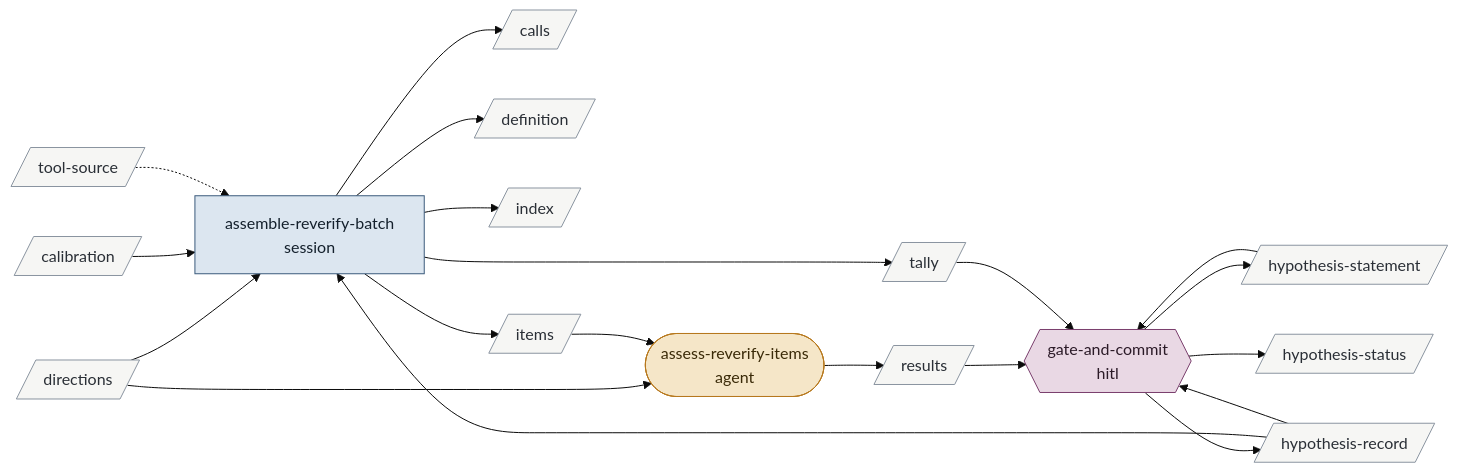
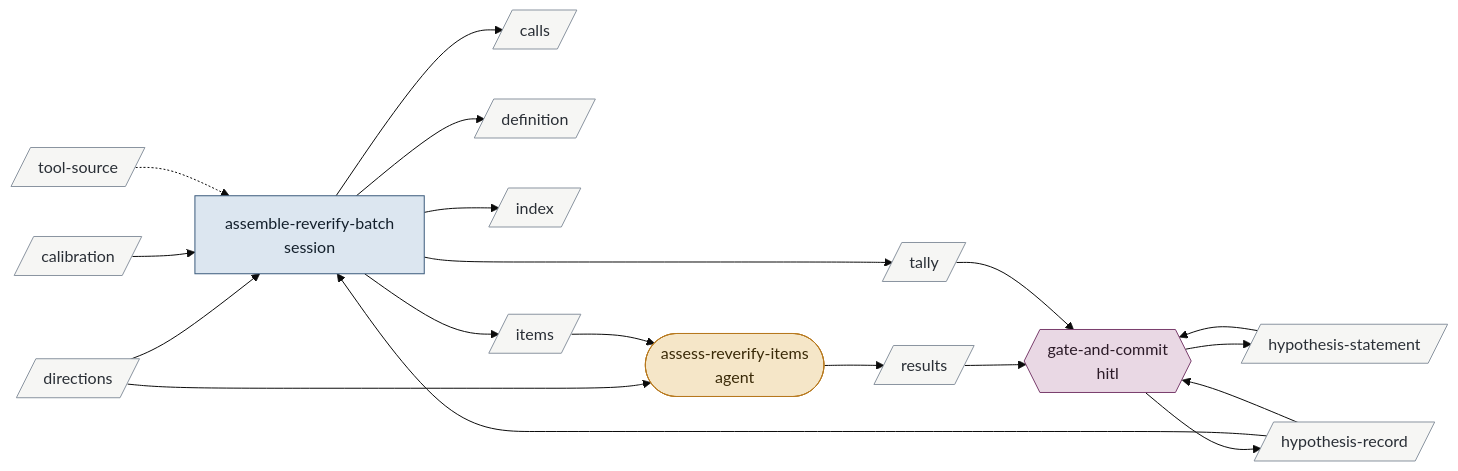
The fourth of 15 diagrams in .claude/skills/v3-buildout-2/map.md (bc414/StoryPlanner), drawn with Mermaid (base theme) before and after one commit. The commit also changed other lines of this file and 25 other files, not shown here.

Commit message:
Making the hypothesis file schema

````diff
--- a/.claude/skills/v3-buildout-2/map.md
+++ b/.claude/skills/v3-buildout-2/map.md
@@ -126,44 +123,42 @@
 ```mermaid
 flowchart LR
   classDef hitl fill:#e9d8e4,stroke:#7a3e6d,color:#2b1a27
   classDef session fill:#dce6f0,stroke:#3b5b7c,color:#14202c
   classDef agent fill:#f5e6c8,stroke:#b7791f,color:#3a2a08
   classDef artifact fill:#f6f6f4,stroke:#8a94a0,color:#2a2f36
   classDef activity fill:#dcebdd,stroke:#4b7f52,color:#122816
   classDef terminus fill:#e4e4ea,stroke:#5b5b7a,color:#1c1c2c
   assemblereverifybatch["assemble-reverify-batch<br/>session"]:::session
   assessreverifyitems(["assess-reverify-items<br/>agent"]):::agent
   gateandcommit{{"gate-and-commit<br/>hitl"}}:::hitl
   calibration[/"calibration"/]:::artifact
   calls[/"calls"/]:::artifact
   definition[/"definition"/]:::artifact
   directions[/"directions"/]:::artifact
   hypothesisrecord[/"hypothesis-record"/]:::artifact
   hypothesisstatement[/"hypothesis-statement"/]:::artifact
-  hypothesisstatus[/"hypothesis-status"/]:::artifact
   index[/"index"/]:::artifact
   items[/"items"/]:::artifact
   results[/"results"/]:::artifact
   tally[/"tally"/]:::artifact
   toolsource[/"tool-source"/]:::artifact
 
   hypothesisrecord --> assemblereverifybatch
   directions --> assemblereverifybatch
   calibration --> assemblereverifybatch
   toolsource -.-> assemblereverifybatch
   assemblereverifybatch --> definition
   assemblereverifybatch --> index
   assemblereverifybatch --> items
   assemblereverifybatch --> calls
   assemblereverifybatch --> tally
   directions --> assessreverifyitems
   items --> assessreverifyitems
   assessreverifyitems --> results
   results --> gateandcommit
   tally --> gateandcommit
   hypothesisstatement --> gateandcommit
   hypothesisrecord --> gateandcommit
   gateandcommit --> hypothesisstatement
   gateandcommit --> hypothesisrecord
-  gateandcommit --> hypothesisstatus
 ```
````
